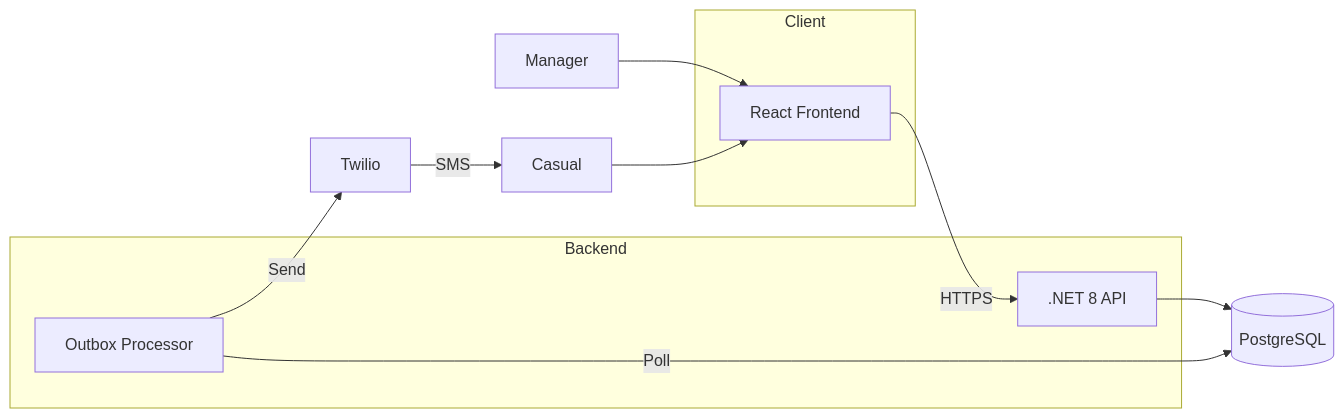
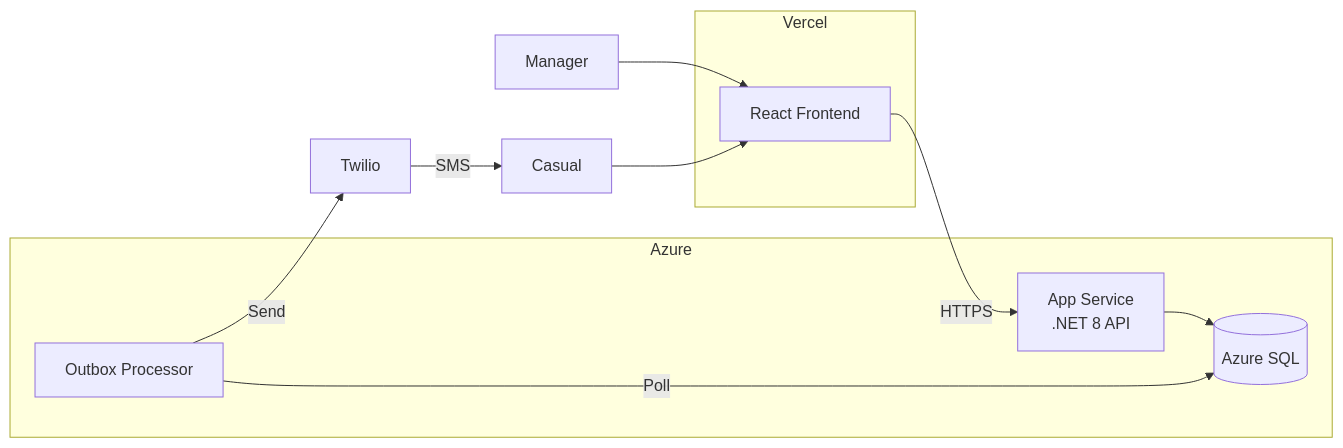
The first of 2 diagrams in README.md (NathanDrake2406/ShiftDrop), drawn with Mermaid before and after one commit. The commit also changed other lines of this file and 2 other files, not shown here.

First line of the commit message:
chore: update deployment to Azure and clean up CI

````diff
--- a/README.md
+++ b/README.md
@@ -44,25 +45,25 @@
 ```mermaid
 flowchart LR
   manager[Manager]
   casual[Casual]
 
-  subgraph client[Client]
+  subgraph client[Vercel]
     frontend[React Frontend]
   end
 
-  subgraph backend[Backend]
-    api[.NET 8 API]
+  subgraph azure[Azure]
+    api[App Service<br>.NET 8 API]
     outbox[Outbox Processor]
+    sqldb[(Azure SQL)]
   end
 
-  postgres[(PostgreSQL)]
   twilio[Twilio]
 
   manager --> frontend
   casual --> frontend
   frontend -->|HTTPS| api
-  api --> postgres
-  outbox -->|Poll| postgres
+  api --> sqldb
+  outbox -->|Poll| sqldb
   outbox -->|Send| twilio
   twilio -->|SMS| casual
 ```
````
